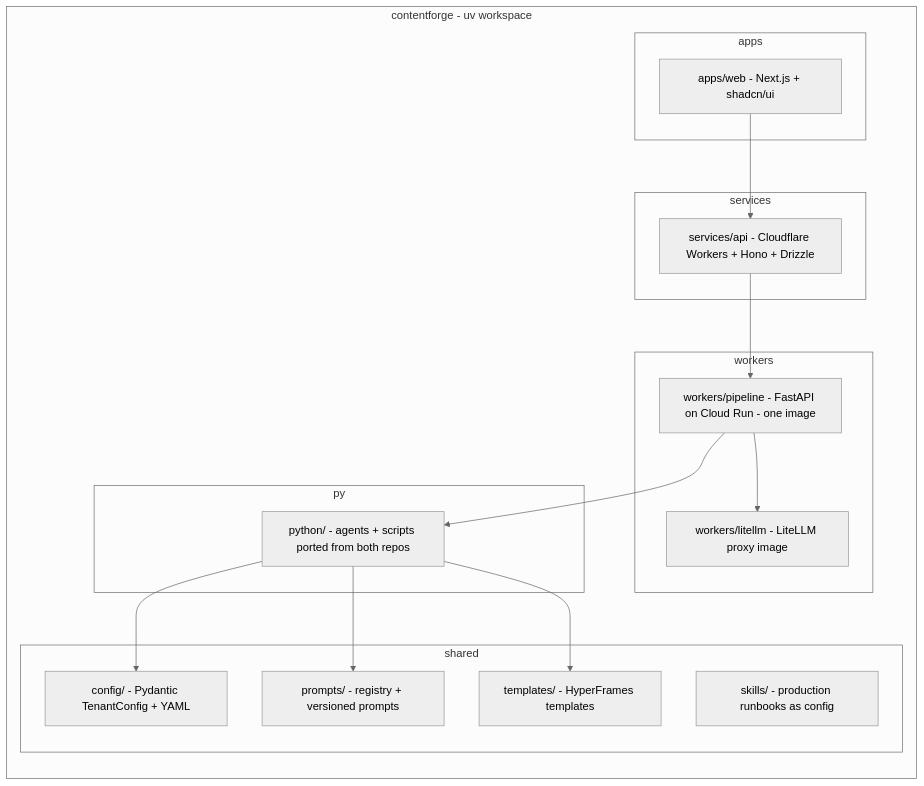
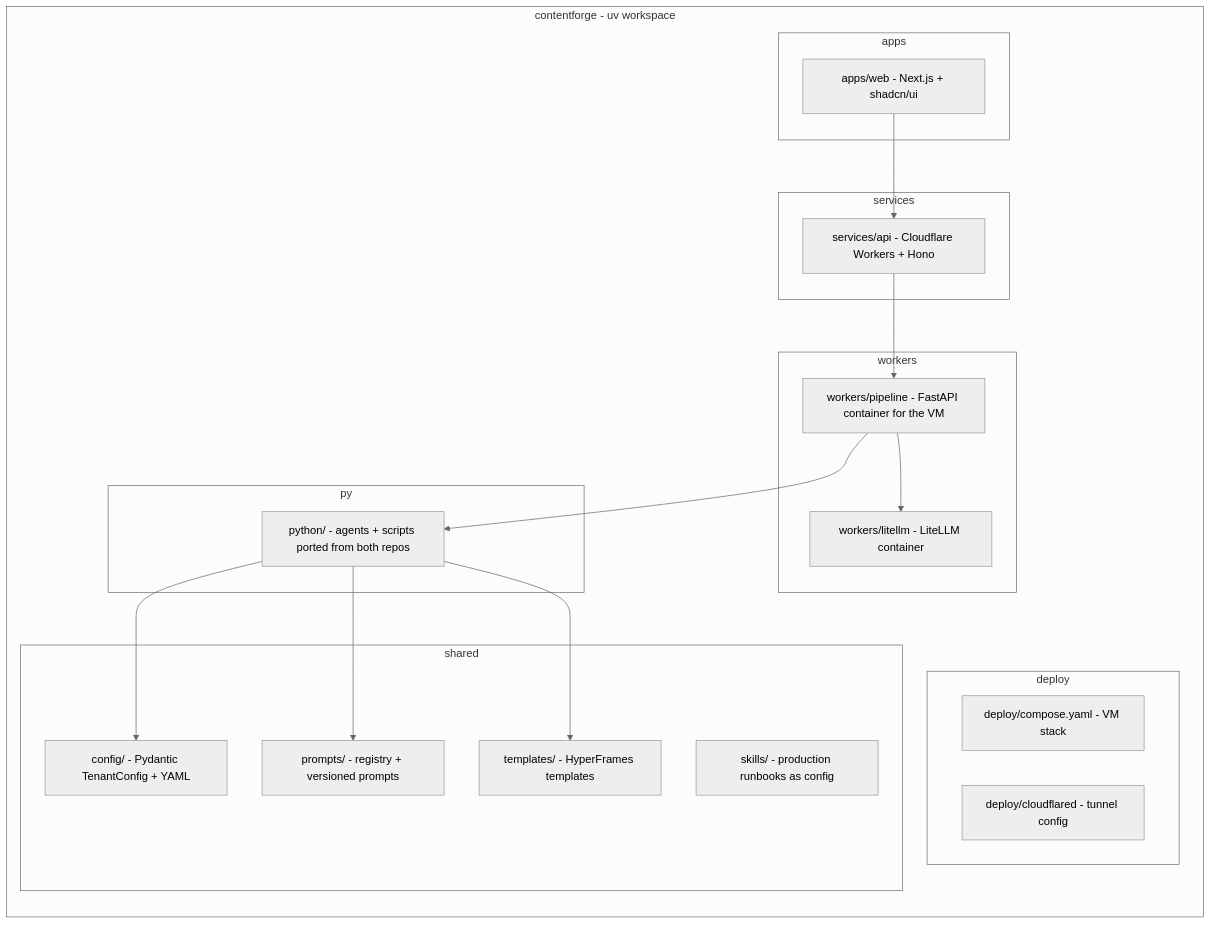
One commit to noah-sheldon/contentforge changed the first of 8 diagrams in docs/lld.md. Above: the diagram before and after it, drawn with Mermaid (neutral theme). The commit also changed other lines of this file and 2 other files, not shown here.

First line of the commit message:
docs: final stack — Atlas Mongo + Hetzner OBJ + Netcup VM compute

````diff
--- a/docs/lld.md
+++ b/docs/lld.md
@@ -7,31 +7,35 @@
 ```mermaid
 flowchart LR
-    subgraph CF_ROOT[contentforge - uv workspace]
+    subgraph ROOT[contentforge - uv workspace]
         subgraph apps
             W[apps/web - Next.js + shadcn/ui]
         end
         subgraph services
-            A[services/api - Cloudflare Workers + Hono + Drizzle]
+            A[services/api - Cloudflare Workers + Hono]
         end
         subgraph workers
-            P[workers/pipeline - FastAPI on Cloud Run - one image]
-            L[workers/litellm - LiteLLM proxy image]
+            P[workers/pipeline - FastAPI container for the VM]
+            L[workers/litellm - LiteLLM container]
+        end
+        subgraph deploy
+            C[deploy/compose.yaml - VM stack]
+            T[deploy/cloudflared - tunnel config]
         end
         subgraph shared
             CFG[config/ - Pydantic TenantConfig + YAML]
             PRO[prompts/ - registry + versioned prompts]
             TPL[templates/ - HyperFrames templates]
             SK[skills/ - production runbooks as config]
         end
         subgraph py
             PY[python/ - agents + scripts ported from both repos]
         end
     end
     W --> A
     A --> P
     P --> L
     P --> PY
     PY --> CFG
     PY --> PRO
     PY --> TPL
 ```
````
